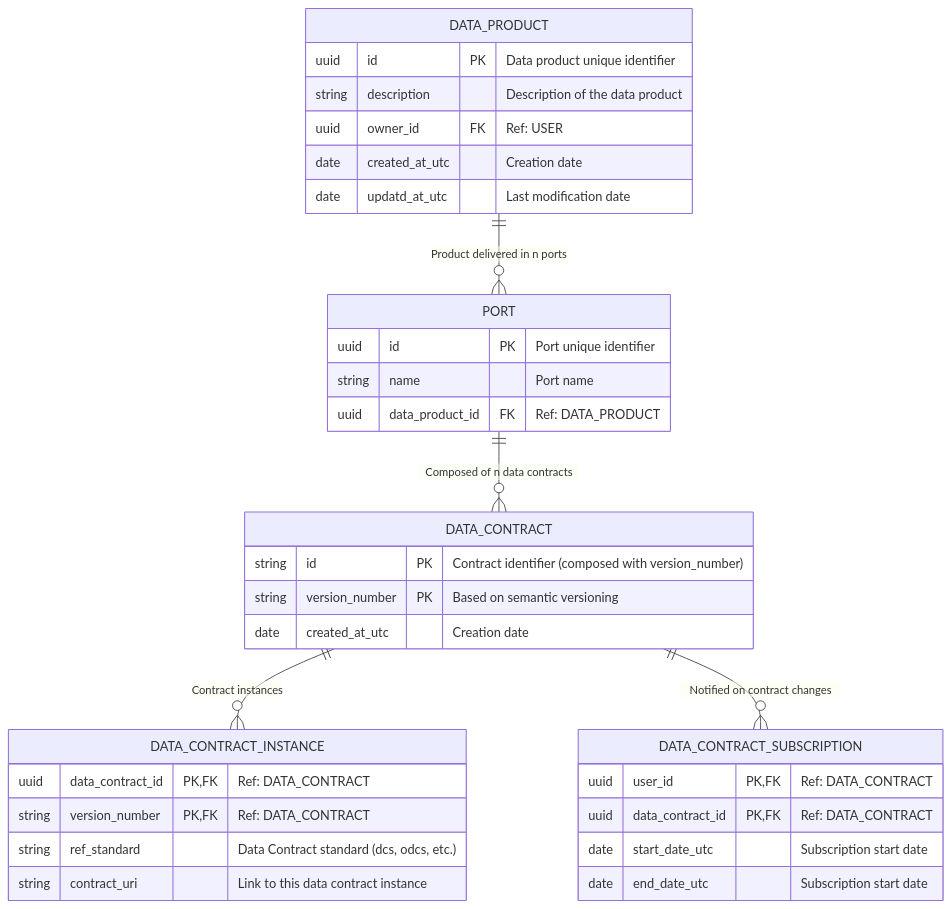
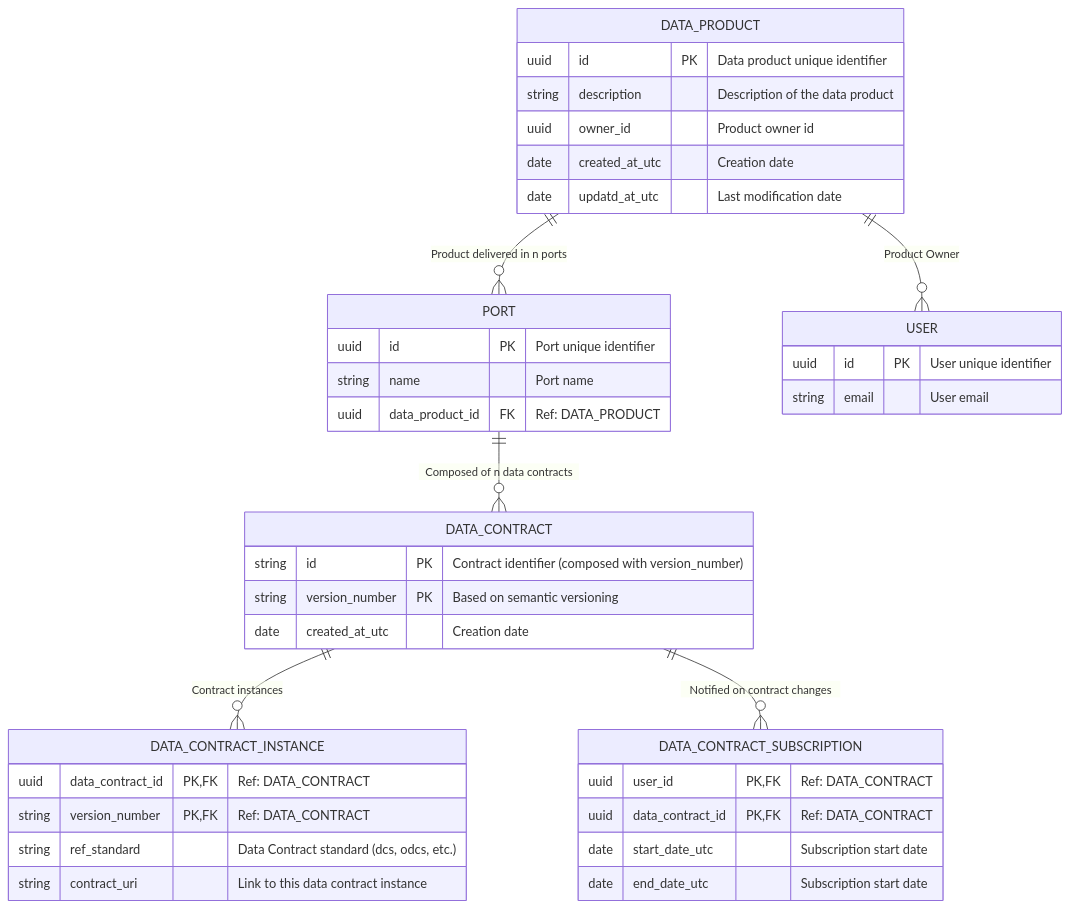
Before and after one commit to monmaya/base-impl: the diagram in docs/relational_model.md, drawn with Mermaid.

````diff
--- a/docs/relational_model.md
+++ b/docs/relational_model.md
@@ -5,46 +5,51 @@
 ```mermaid
 
 erDiagram
 
     DATA_PRODUCT {
         uuid id PK "Data product unique identifier"
         string description "Description of the data product"
-        uuid owner_id FK "Ref: USER"
+        uuid owner_id "Product owner id"
         date created_at_utc "Creation date"
         date updatd_at_utc "Last modification date"
     }
 
     PORT {
         uuid id PK "Port unique identifier"
         string name "Port name"
         uuid data_product_id FK "Ref: DATA_PRODUCT"
     }
 
     DATA_CONTRACT {
         string id PK "Contract identifier (composed with version_number)"
         string version_number PK "Based on semantic versioning"
         date created_at_utc "Creation date"
     }
 
     DATA_CONTRACT_INSTANCE {
         uuid data_contract_id PK, FK "Ref: DATA_CONTRACT"
         string version_number PK, FK "Ref: DATA_CONTRACT"
         string ref_standard "Data Contract standard (dcs, odcs, etc.)"
         string contract_uri "Link to this data contract instance"
     }
     
     DATA_CONTRACT_SUBSCRIPTION {
         uuid user_id PK, FK "Ref: DATA_CONTRACT"
         uuid data_contract_id PK, FK "Ref: DATA_CONTRACT"
         date start_date_utc "Subscription start date"
         date end_date_utc "Subscription start date"
     }
 
+    USER {
+        uuid id PK "User unique identifier"
+        string email "User email"
+    }
 
     DATA_PRODUCT ||--o{ PORT : "Product delivered in n ports"
+    DATA_PRODUCT ||--o{ USER : "Product Owner"
     PORT ||--o{ DATA_CONTRACT : "Composed of n data contracts"
     DATA_CONTRACT ||--o{ DATA_CONTRACT_INSTANCE : "Contract instances"
     DATA_CONTRACT ||--o{ DATA_CONTRACT_SUBSCRIPTION : "Notified on contract changes"
 
 
   ```
````
